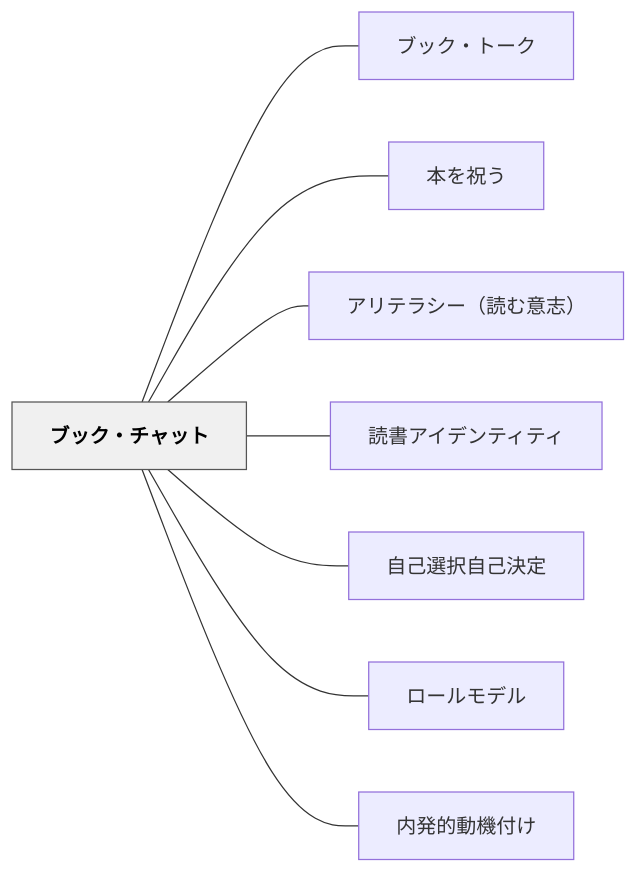
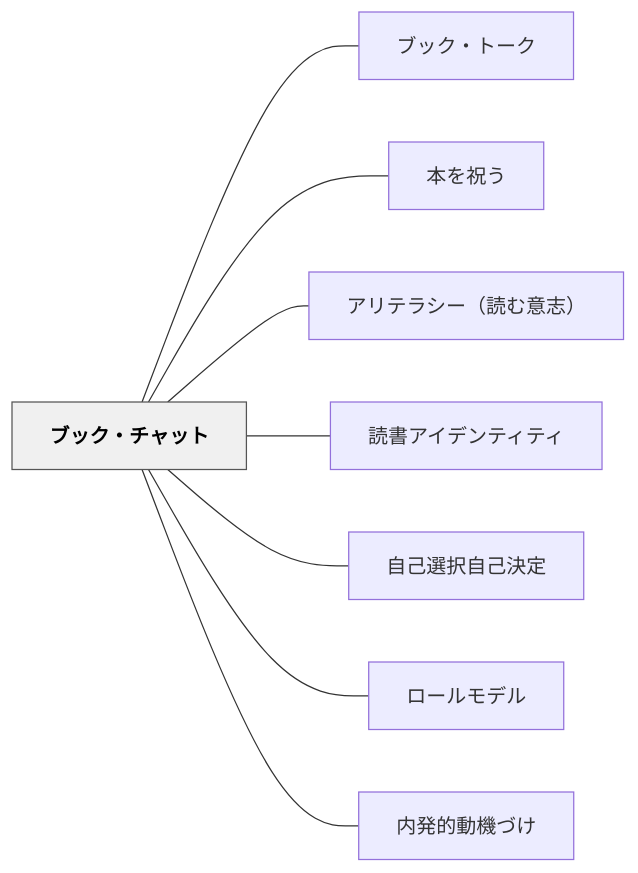
The diagram in content/パタン/ブック・チャット.md (unknownthings-ed-patterns/unknownthings-ed-patterns), drawn with Mermaid before and after one commit. The commit also changed other lines of this file and 234 other files, not shown here.

````diff
--- a/content/パタン/ブック・チャット.md
+++ b/content/パタン/ブック・チャット.md
@@ -209,22 +209,22 @@
 ```mermaid
 flowchart LR
     ne38396e38383e382afe383bbe38381e383a3e38383e38388["ブック・チャット"]
     ne38396e38383e382afe383bbe38388e383bce382af["ブック・トーク"]
     ne69cace38292e7a59de38186["本を祝う"]
     ne382a2e383aae38386e383a9e382b7e383bcefbc88e8aaade38280e6848fe5bf97efbc89["アリテラシー（読む意志）"]
     ne8aaade69bb8e382a2e382a4e38387e383b3e38386e382a3e38386e382a3["読書アイデンティティ"]
     ne887aae5b7b1e981b8e68a9ee887aae5b7b1e6b1bae5ae9a["自己選択自己決定"]
     ne383ade383bce383abe383a2e38387e383ab["ロールモデル"]
-    ne58685e799bae79a84e58b95e6a99fe4bb98e38191["内発的動機付け"]
+    ne58685e799bae79a84e58b95e6a99fe381a5e38191["内発的動機づけ"]
 
     ne38396e38383e382afe383bbe38381e383a3e38383e38388 --- ne38396e38383e382afe383bbe38388e383bce382af
     ne38396e38383e382afe383bbe38381e383a3e38383e38388 --- ne69cace38292e7a59de38186
     ne38396e38383e382afe383bbe38381e383a3e38383e38388 --- ne382a2e383aae38386e383a9e382b7e383bcefbc88e8aaade38280e6848fe5bf97efbc89
     ne38396e38383e382afe383bbe38381e383a3e38383e38388 --- ne8aaade69bb8e382a2e382a4e38387e383b3e38386e382a3e38386e382a3
     ne38396e38383e382afe383bbe38381e383a3e38383e38388 --- ne887aae5b7b1e981b8e68a9ee887aae5b7b1e6b1bae5ae9a
     ne38396e38383e382afe383bbe38381e383a3e38383e38388 --- ne383ade383bce383abe383a2e38387e383ab
-    ne38396e38383e382afe383bbe38381e383a3e38383e38388 --- ne58685e799bae79a84e58b95e6a99fe4bb98e38191
+    ne38396e38383e382afe383bbe38381e383a3e38383e38388 --- ne58685e799bae79a84e58b95e6a99fe381a5e38191
 
     classDef hub fill:#f0f0f0,stroke:#555,color:#000,font-weight:bold
     class ne38396e38383e382afe383bbe38381e383a3e38383e38388 hub
 ```
````
